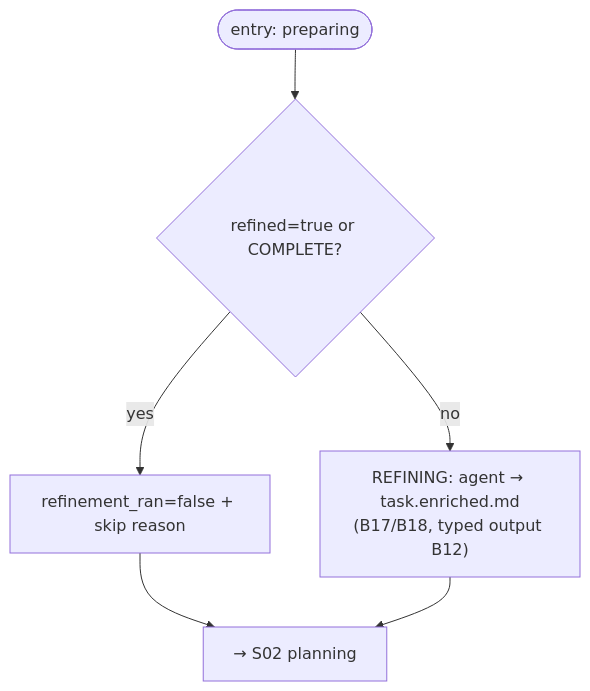
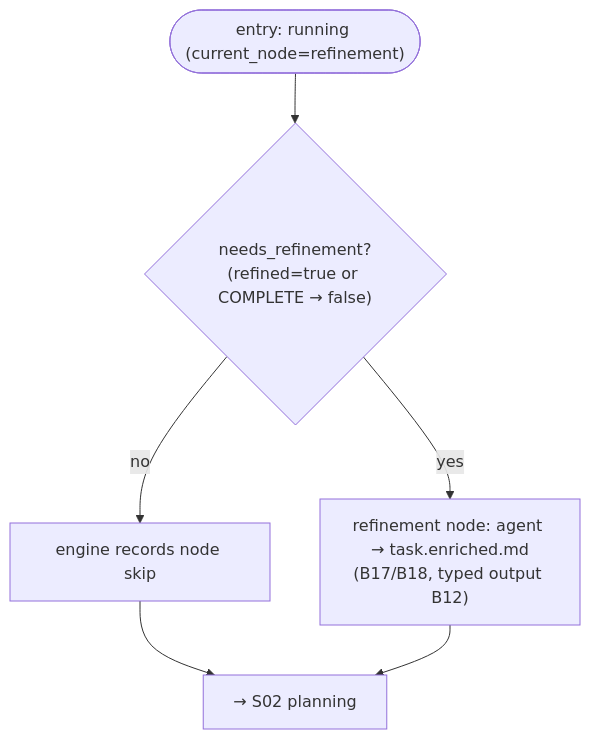
One commit to VladimirMakarevich/wastech-orchestrator changed the diagram in docs/functional/flows/coding/S01-refinement.md. Above: the diagram before and after it, drawn with Mermaid. The commit also changed other lines of this file and 31 other files, not shown here.

````diff
--- a/docs/functional/flows/coding/S01-refinement.md
+++ b/docs/functional/flows/coding/S01-refinement.md
@@ -39,8 +39,8 @@
 ```mermaid
 flowchart TB
-    start(["entry: preparing"]) --> q{"refined=true or COMPLETE?"}
-    q -->|yes| skip["refinement_ran=false + skip reason"]
-    q -->|no| run["REFINING: agent → task.enriched.md<br/>(B17/B18, typed output B12)"]
+    start(["entry: running (current_node=refinement)"]) --> q{"needs_refinement?<br/>(refined=true or COMPLETE → false)"}
+    q -->|no| skip["engine records node skip"]
+    q -->|yes| run["refinement node: agent → task.enriched.md<br/>(B17/B18, typed output B12)"]
     skip --> plan["→ S02 planning"]
     run --> plan
 ```
````
